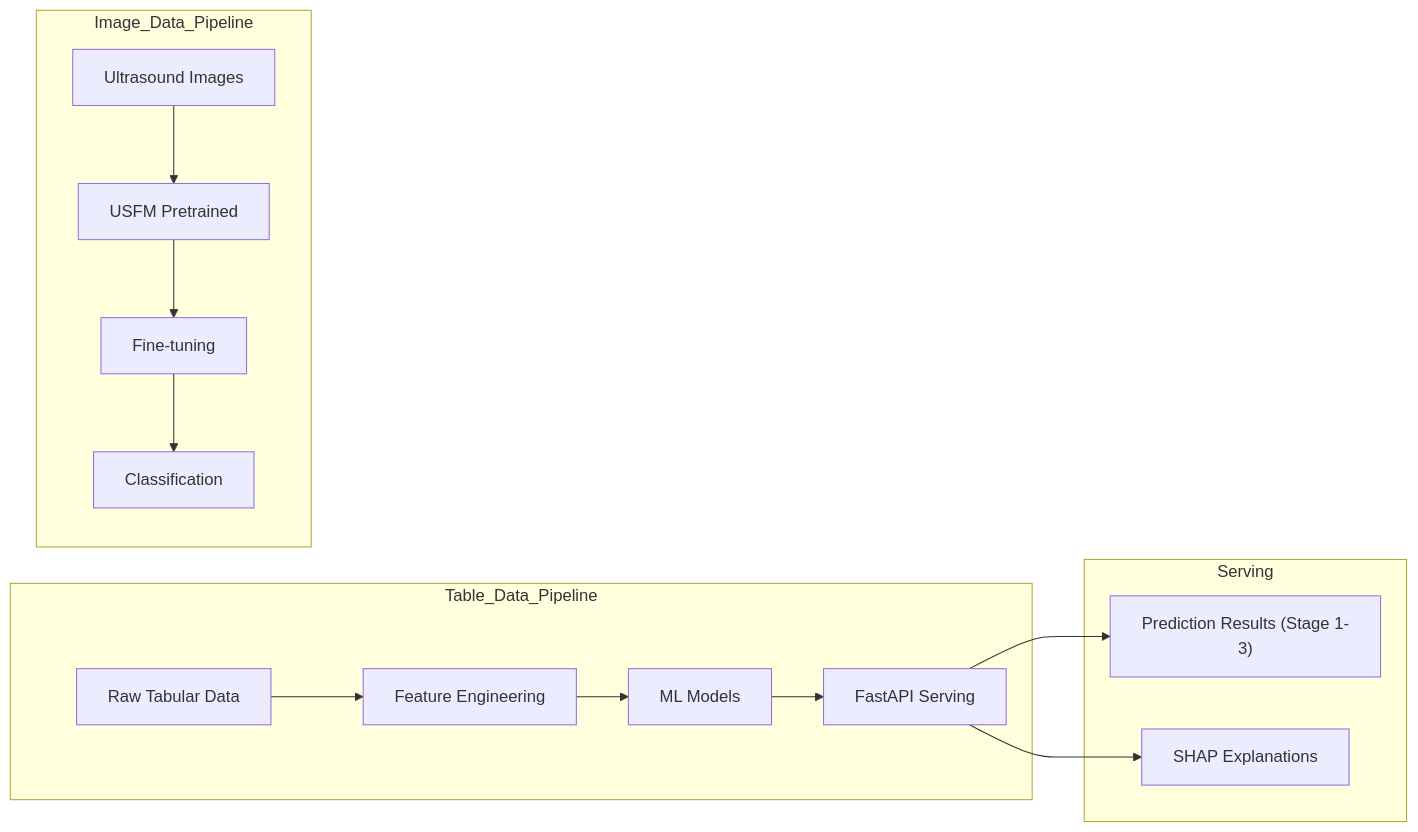
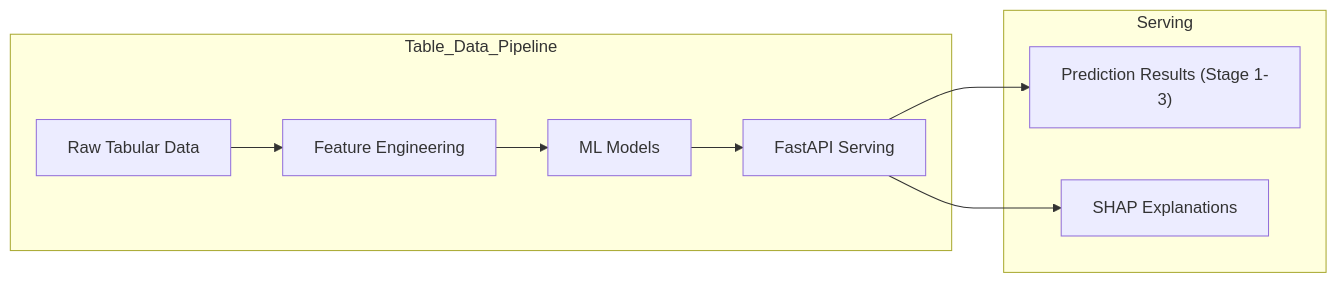
The first of 2 diagrams in README.md (koeshin/liver_cirrhosis-prediction), drawn with Mermaid before and after one commit.

Commit message:
Split architecture diagrams into Table and Image pipelines

````diff
--- a/README.md
+++ b/README.md
@@ -12,19 +13,13 @@
 ```mermaid
 graph LR
     subgraph Table_Data_Pipeline
         A[Raw Tabular Data] --> B[Feature Engineering];
         B --> C[ML Models];
         C --> D[FastAPI Serving];
     end
 
-    subgraph Image_Data_Pipeline
-        E[Ultrasound Images] --> F[USFM Pretrained];
-        F --> G[Fine-tuning];
-        G --> H[Classification];
-    end
-
     subgraph Serving
         D --> I["Prediction Results (Stage 1-3)"];
         D --> J["SHAP Explanations"];
     end
 ```
````
